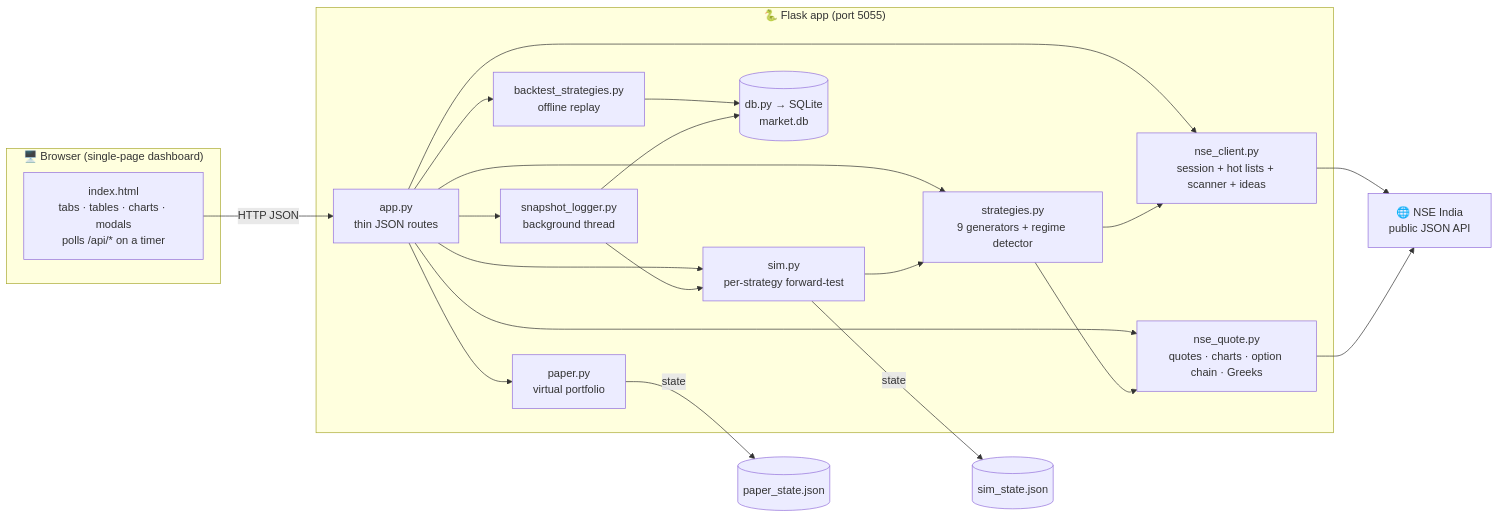
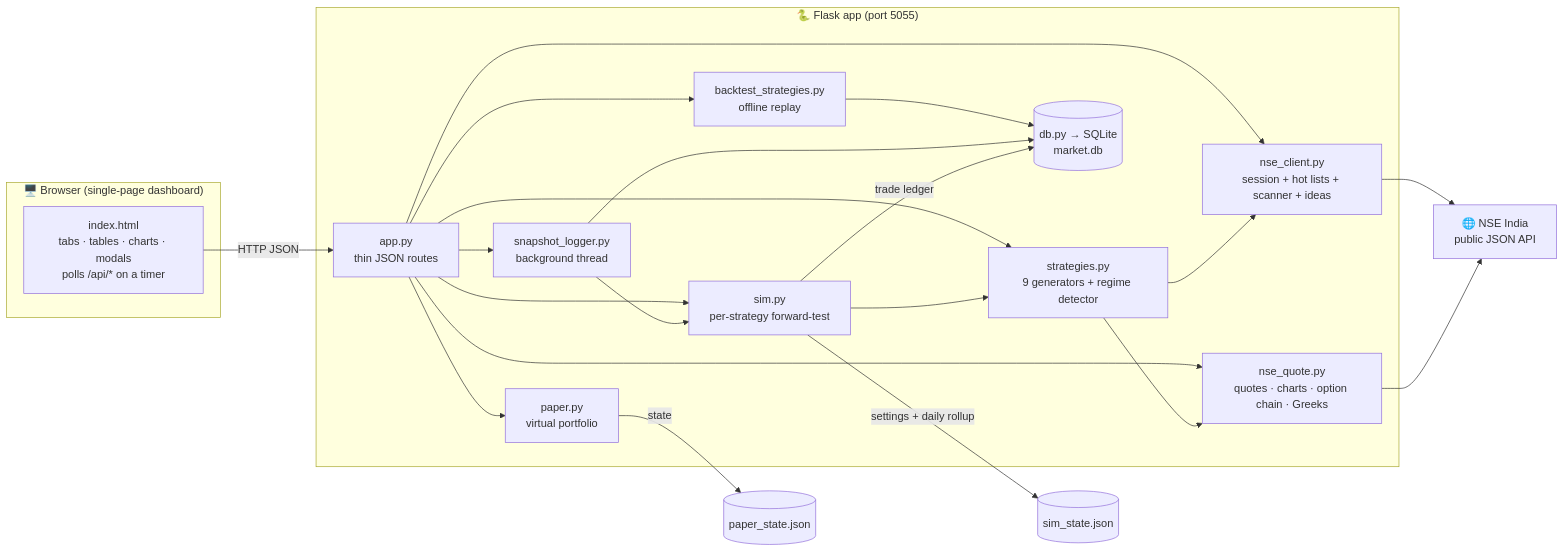
One commit to aakash-jain-1/nse-market-pulse changed the first of 7 diagrams in README.md. Above: the diagram before and after it, drawn with Mermaid. The commit also changed other lines of this file and 6 other files, not shown here.

First line of the commit message:
Sim ledger -> SQLite, all-time performance, daily historical backtest

````diff
--- a/README.md
+++ b/README.md
@@ -90,31 +90,32 @@
 ```mermaid
 flowchart LR
     subgraph Browser["🖥️ Browser (single-page dashboard)"]
         UI["index.html<br/>tabs · tables · charts · modals<br/>polls /api/* on a timer"]
     end
 
     subgraph Server["🐍 Flask app (port 5055)"]
         APP["app.py<br/>thin JSON routes"]
         CORE["nse_client.py<br/>session + hot lists + scanner + ideas"]
         QUOTE["nse_quote.py<br/>quotes · charts · option chain · Greeks"]
         STRAT["strategies.py<br/>9 generators + regime detector"]
         SIM["sim.py<br/>per-strategy forward-test"]
         BT["backtest_strategies.py<br/>offline replay"]
         PAPER["paper.py<br/>virtual portfolio"]
         LOG["snapshot_logger.py<br/>background thread"]
         DB[("db.py → SQLite<br/>market.db")]
     end
 
     NSE["🌐 NSE India<br/>public JSON API"]
 
     UI -->|HTTP JSON| APP
     APP --> CORE & QUOTE & STRAT & SIM & BT & PAPER & LOG
     CORE --> NSE
     QUOTE --> NSE
     STRAT --> CORE & QUOTE
     SIM --> STRAT
     BT --> DB
     LOG --> SIM & DB
-    SIM -->|state| SIMJSON[("sim_state.json")]
+    SIM -->|trade ledger| DB
+    SIM -->|settings + daily rollup| SIMJSON[("sim_state.json")]
     PAPER -->|state| PJSON[("paper_state.json")]
 ```
````
